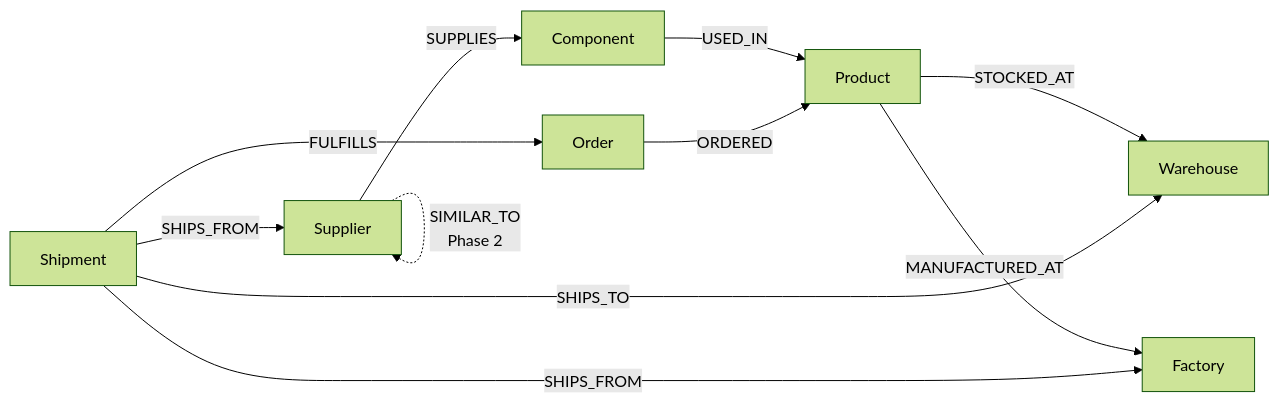
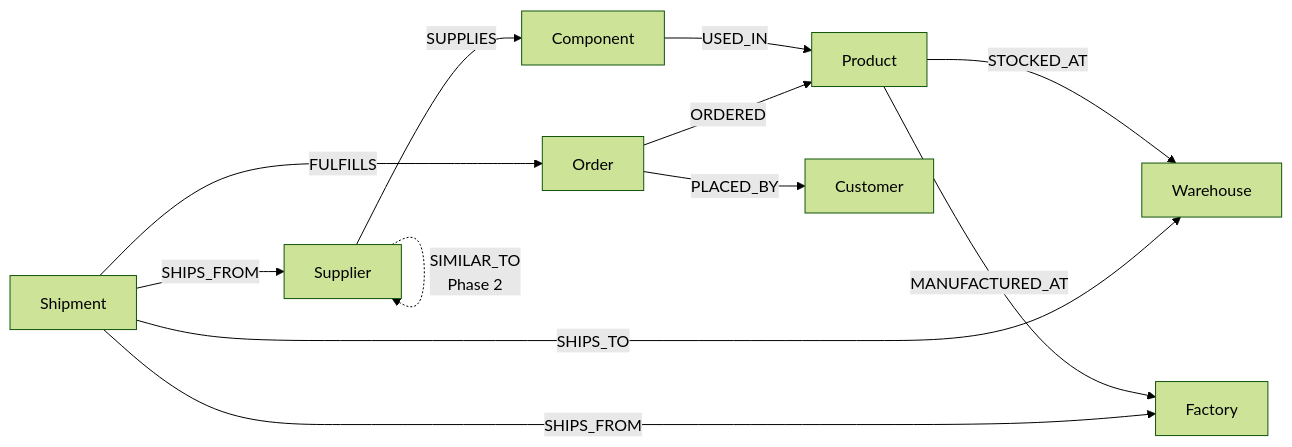
Before and after one commit to murali-ftw/ChainPilot: the first of 2 diagrams in docs/06_Graph_Database_Design.md, drawn with Mermaid (forest theme). The commit also changed other lines of this file and 17 other files, not shown here.

````diff
--- a/docs/06_Graph_Database_Design.md
+++ b/docs/06_Graph_Database_Design.md
@@ -57,13 +59,14 @@
 ```mermaid
 flowchart LR
     SUP["Supplier"] -->|SUPPLIES| COMP["Component"]
     COMP -->|USED_IN| PROD["Product"]
     PROD -->|STOCKED_AT| WH["Warehouse"]
     PROD -->|MANUFACTURED_AT| FAC["Factory"]
     SHIP["Shipment"] -->|SHIPS_FROM| SUP
     SHIP -->|SHIPS_FROM| FAC
     SHIP -->|SHIPS_TO| WH
     SHIP -->|FULFILLS| ORD["Order"]
     ORD -->|ORDERED| PROD
+    ORD -->|PLACED_BY| CUST["Customer"]
     SUP -.SIMILAR_TO\nPhase 2.-> SUP
 ```
````
